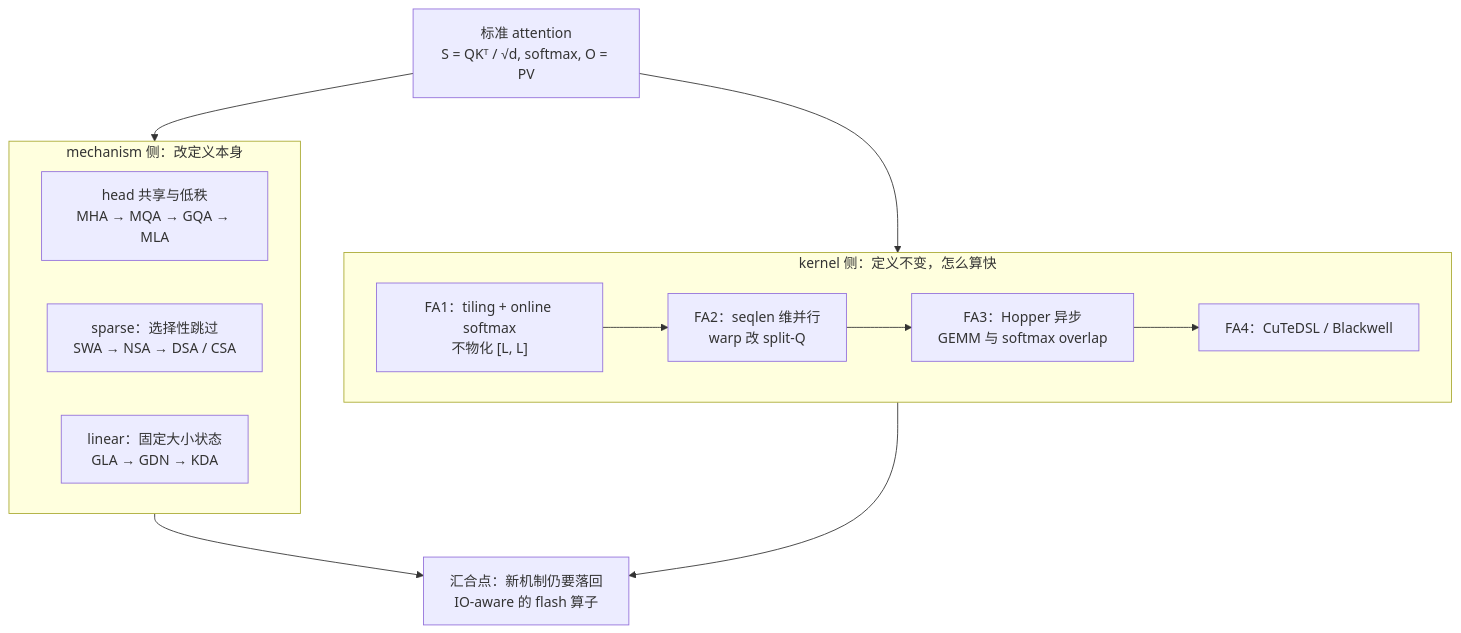
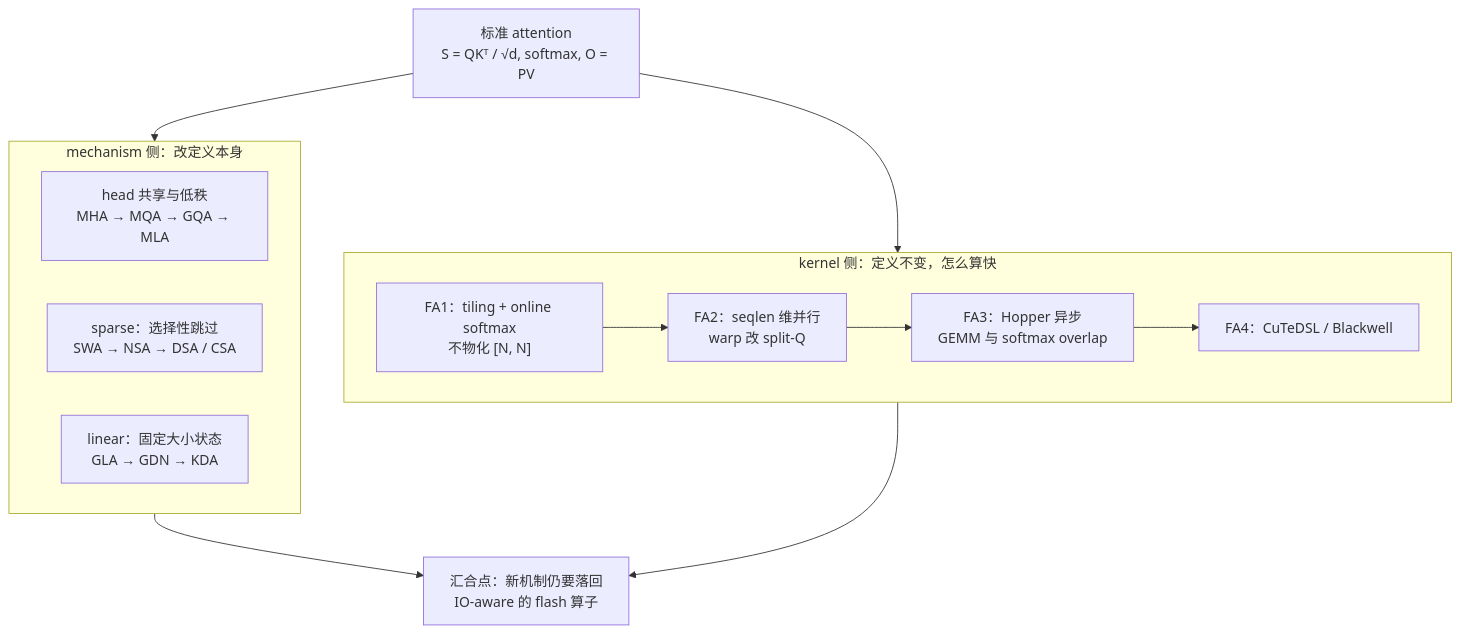
The diagram in docs/attention/README.md (llm-infra-atlas/llm-infra-atlas.github.io), drawn with Mermaid before and after one commit. The commit also changed other lines of this file and 16 other files, not shown here.

````diff
--- a/docs/attention/README.md
+++ b/docs/attention/README.md
@@ -15,18 +15,18 @@
 ```mermaid
 flowchart TB
     Q["标准 attention<br/>S = QKᵀ / √d, softmax, O = PV"]
     Q --> M
     Q --> K
     subgraph M["mechanism 侧：改定义本身"]
         M1["head 共享与低秩<br/>MHA → MQA → GQA → MLA"]
         M2["sparse：选择性跳过<br/>SWA → NSA → DSA / CSA"]
         M3["linear：固定大小状态<br/>GLA → GDN → KDA"]
     end
     subgraph K["kernel 侧：定义不变，怎么算快"]
-        K1["FA1：tiling + online softmax<br/>不物化 [L, L]"] --> K2["FA2：seqlen 维并行<br/>warp 改 split-Q"]
+        K1["FA1：tiling + online softmax<br/>不物化 [N, N]"] --> K2["FA2：seqlen 维并行<br/>warp 改 split-Q"]
         K2 --> K3["FA3：Hopper 异步<br/>GEMM 与 softmax overlap"]
         K3 --> K4["FA4：CuTeDSL / Blackwell"]
     end
     M --> X["汇合点：新机制仍要落回<br/>IO-aware 的 flash 算子"]
     K --> X
 ```
````
